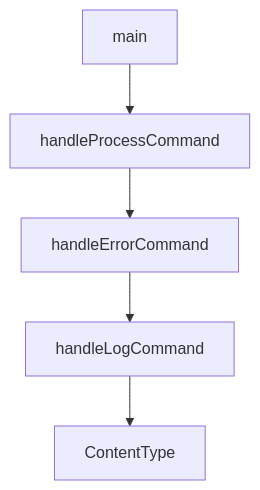
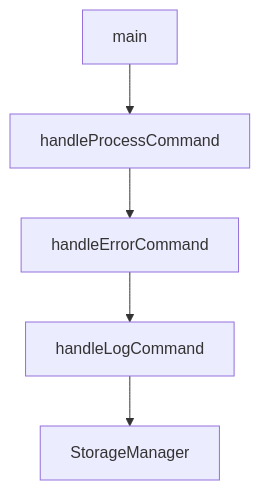
The second of 2 diagrams in tutorials/vibesdk-tutorial/03-ai-pipeline-and-phase-engine.md (johnxie/awesome-code-docs), drawn with Mermaid before and after one commit. The commit also changed other lines of this file and 1232 other files, not shown here.

````diff
--- a/tutorials/vibesdk-tutorial/03-ai-pipeline-and-phase-engine.md
+++ b/tutorials/vibesdk-tutorial/03-ai-pipeline-and-phase-engine.md
@@ -266,12 +264,12 @@
 ```mermaid
 flowchart TD
     A[main]
     B[handleProcessCommand]
     C[handleErrorCommand]
     D[handleLogCommand]
-    E[ContentType]
+    E[StorageManager]
     A --> B
     B --> C
     C --> D
     D --> E
 ```
````
